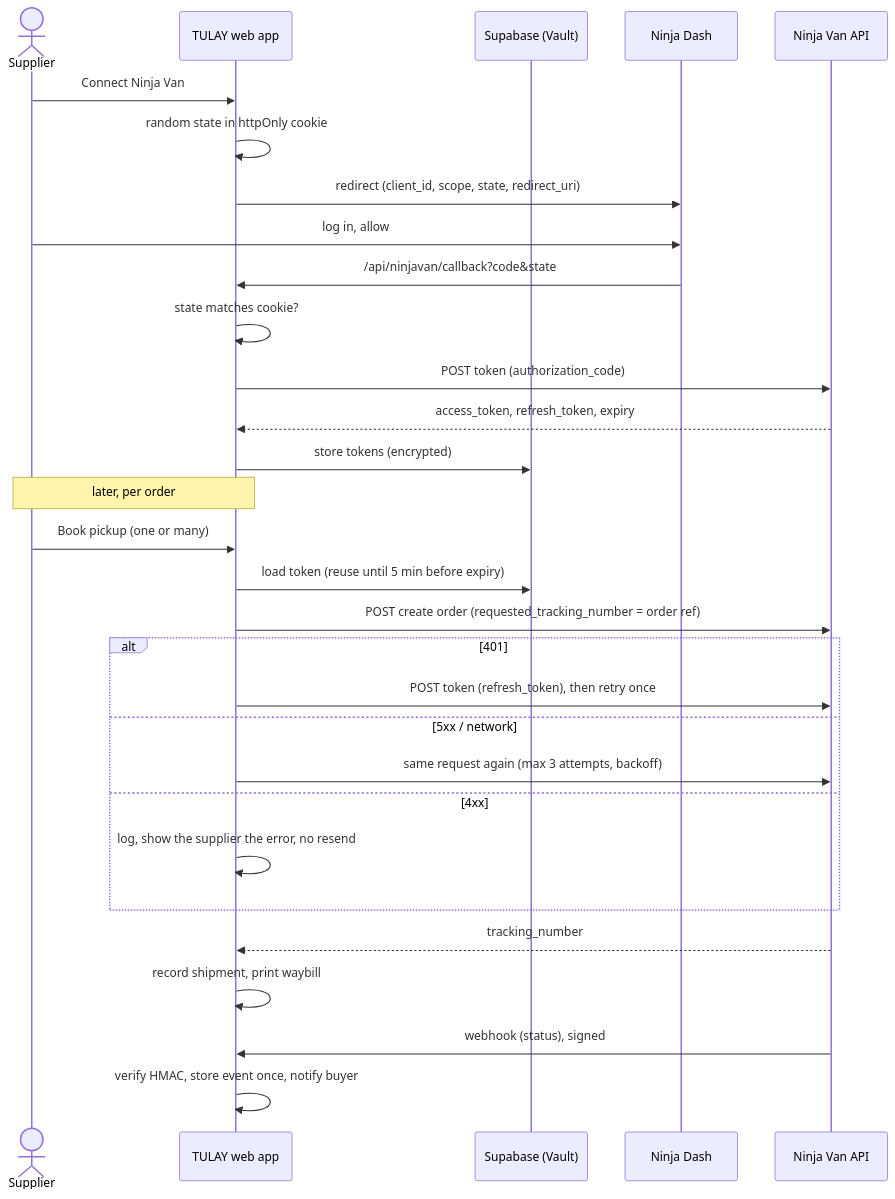
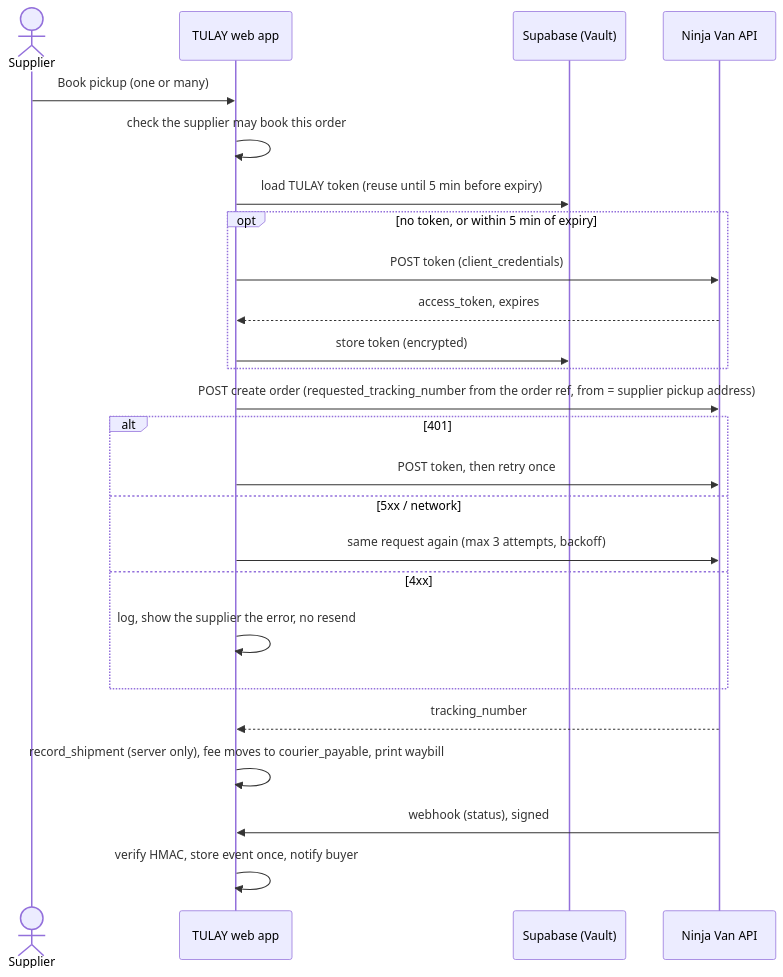
One commit to baltazarjohncarl2003-dev/TULAY changed the second of 2 diagrams in docs/ninjavan/integration.md. Above: the diagram before and after it, drawn with Mermaid. The commit also changed other lines of this file and 31 other files, not shown here.

First line of the commit message:
Ship courier orders on one TULAY account and lock down shipment booking

````diff
--- a/docs/ninjavan/integration.md
+++ b/docs/ninjavan/integration.md
@@ -35,32 +39,27 @@
 ```mermaid
 sequenceDiagram
   actor S as Supplier
   participant T as TULAY web app
   participant V as Supabase (Vault)
-  participant D as Ninja Dash
   participant N as Ninja Van API
-  S->>T: Connect Ninja Van
-  T->>T: random state in httpOnly cookie
-  T->>D: redirect (client_id, scope, state, redirect_uri)
-  S->>D: log in, allow
-  D->>T: /api/ninjavan/callback?code&state
-  T->>T: state matches cookie?
-  T->>N: POST token (authorization_code)
-  N-->>T: access_token, refresh_token, expiry
-  T->>V: store tokens (encrypted)
-  Note over S,T: later, per order
   S->>T: Book pickup (one or many)
-  T->>V: load token (reuse until 5 min before expiry)
-  T->>N: POST create order (requested_tracking_number = order ref)
+  T->>T: check the supplier may book this order
+  T->>V: load TULAY token (reuse until 5 min before expiry)
+  opt no token, or within 5 min of expiry
+    T->>N: POST token (client_credentials)
+    N-->>T: access_token, expires
+    T->>V: store token (encrypted)
+  end
+  T->>N: POST create order (requested_tracking_number from the order ref, from = supplier pickup address)
   alt 401
-    T->>N: POST token (refresh_token), then retry once
+    T->>N: POST token, then retry once
   else 5xx / network
     T->>N: same request again (max 3 attempts, backoff)
   else 4xx
     T->>T: log, show the supplier the error, no resend
   end
   N-->>T: tracking_number
-  T->>T: record shipment, print waybill
+  T->>T: record_shipment (server only), fee moves to courier_payable, print waybill
   N->>T: webhook (status), signed
   T->>T: verify HMAC, store event once, notify buyer
 ```
````
